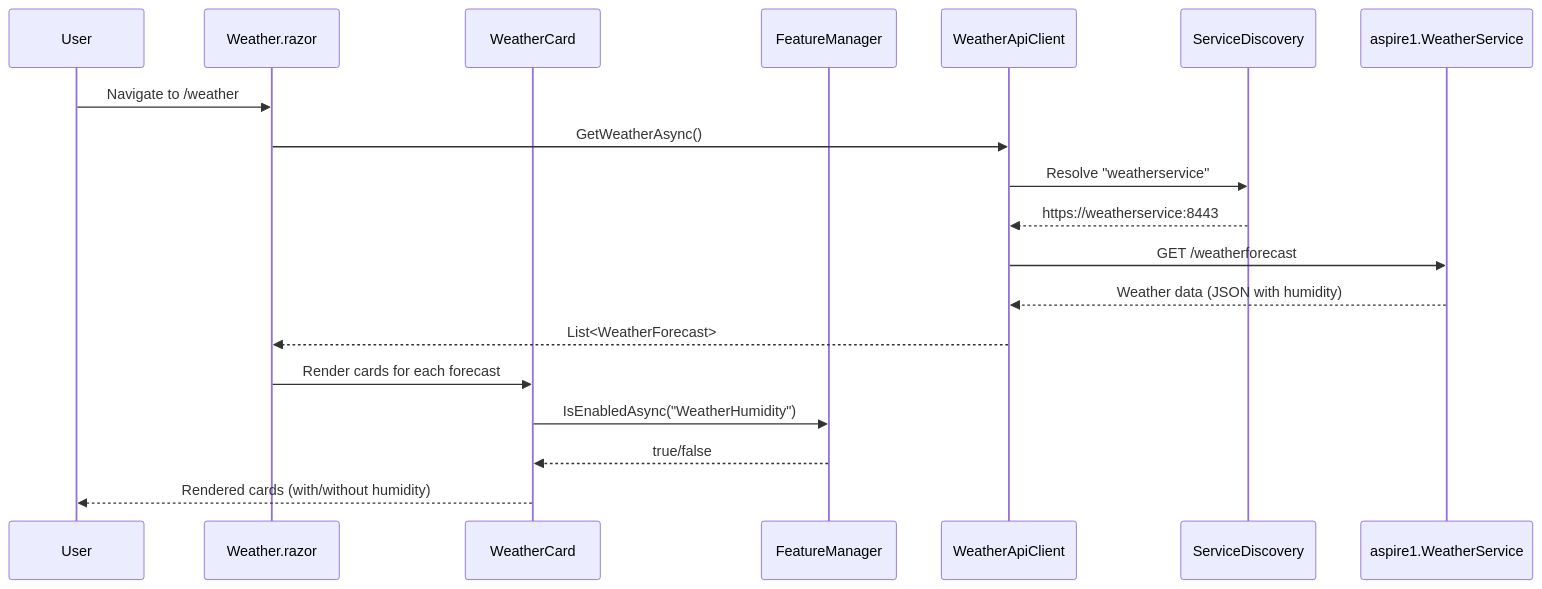
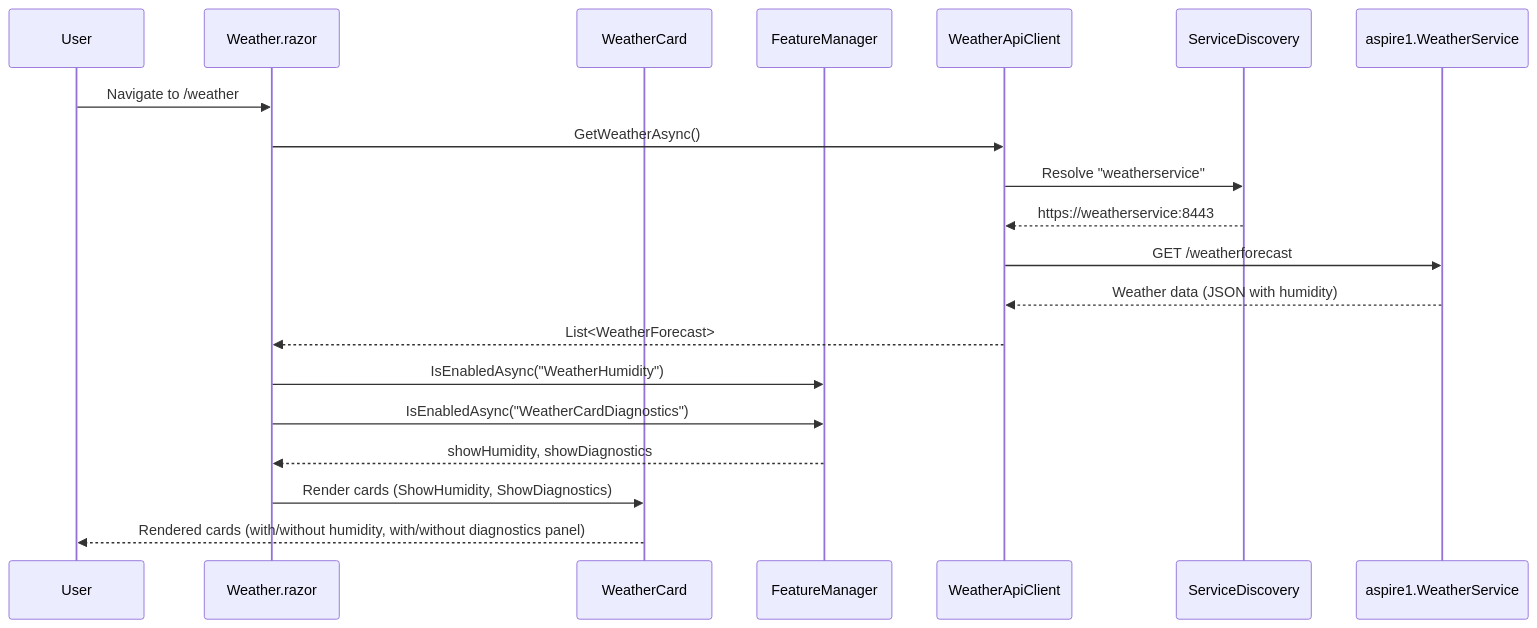
The second of 3 diagrams in aspire1.Web/ARCHITECTURE.md (MSBart2/aspire1), drawn with Mermaid before and after one commit. The commit also changed other lines of this file, not shown here.

Commit message:
docs(web): document WeatherCardDiagnostics flag and ShowDiagnostics param -- the ARCHITECTURE.md finally knows what the card is up to

````diff
--- a/aspire1.Web/ARCHITECTURE.md
+++ b/aspire1.Web/ARCHITECTURE.md
@@ -171,22 +170,23 @@
 ```mermaid
 sequenceDiagram
     participant User
     participant Weather.razor
     participant WeatherCard
     participant FeatureManager
     participant WeatherApiClient
     participant ServiceDiscovery
     participant API as aspire1.WeatherService
 
     User->>Weather.razor: Navigate to /weather
     Weather.razor->>WeatherApiClient: GetWeatherAsync()
     WeatherApiClient->>ServiceDiscovery: Resolve "weatherservice"
     ServiceDiscovery-->>WeatherApiClient: https://weatherservice:8443
     WeatherApiClient->>API: GET /weatherforecast
     API-->>WeatherApiClient: Weather data (JSON with humidity)
     WeatherApiClient-->>Weather.razor: List<WeatherForecast>
-    Weather.razor->>WeatherCard: Render cards for each forecast
-    WeatherCard->>FeatureManager: IsEnabledAsync("WeatherHumidity")
-    FeatureManager-->>WeatherCard: true/false
-    WeatherCard-->>User: Rendered cards (with/without humidity)
+    Weather.razor->>FeatureManager: IsEnabledAsync("WeatherHumidity")
+    Weather.razor->>FeatureManager: IsEnabledAsync("WeatherCardDiagnostics")
+    FeatureManager-->>Weather.razor: showHumidity, showDiagnostics
+    Weather.razor->>WeatherCard: Render cards (ShowHumidity, ShowDiagnostics)
+    WeatherCard-->>User: Rendered cards (with/without humidity, with/without diagnostics panel)
 ```
````
